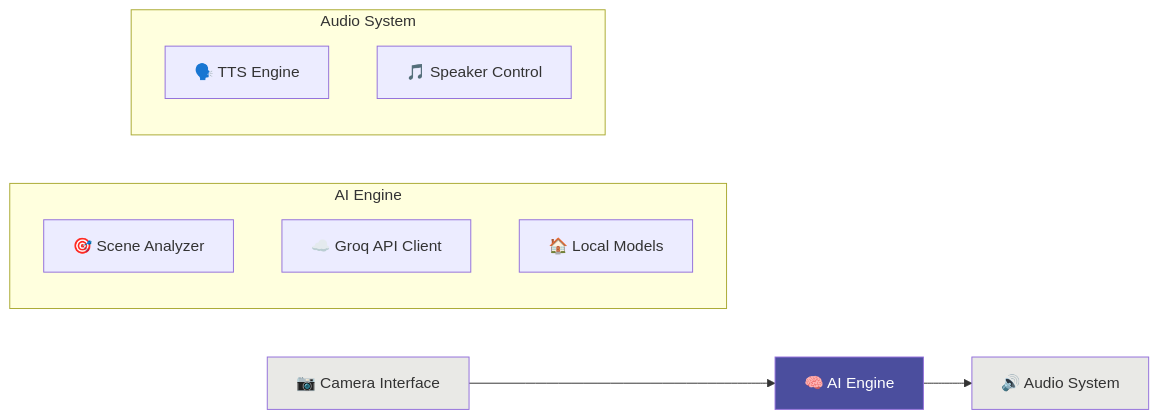
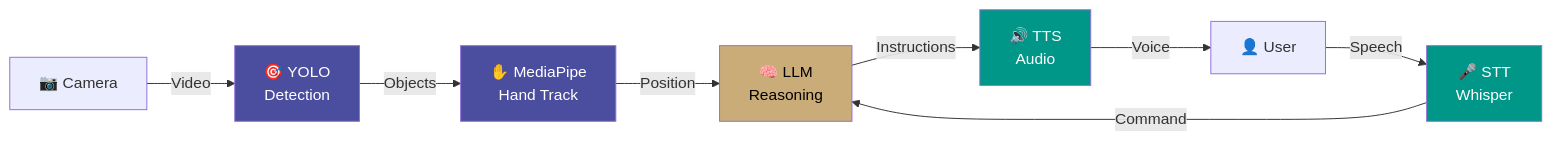
The second of 3 diagrams in README.md (rajin-khan/AIris), drawn with Mermaid before and after one commit. The commit also changed other lines of this file and 2 other files, not shown here.

````diff
--- a/README.md
+++ b/README.md
@@ -56,20 +109,16 @@
 ```mermaid
 graph LR
-    A[📷 Camera Interface] --> B[🧠 AI Engine]
-    B --> C[🔊 Audio System]
+    A[📷 Camera] -->|Video| B[🎯 YOLO<br/>Detection]
+    B -->|Objects| C[✋ MediaPipe<br/>Hand Track]
+    C -->|Position| D[🧠 LLM<br/>Reasoning]
+    D -->|Instructions| E[🔊 TTS<br/>Audio]
+    E -->|Voice| F[👤 User]
+    F -->|Speech| G[🎤 STT<br/>Whisper]
+    G -->|Command| D
     
-    subgraph "AI Engine"
-        D[🎯 Scene Analyzer]
-        E[☁️ Groq API Client]
-        F[🏠 Local Models]
-    end
-    
-    subgraph "Audio System"
-        G[🗣️ TTS Engine]
-        H[🎵 Speaker Control]
-    end
-    
-    style A fill:#E9E9E6
     style B fill:#4B4E9E,color:#fff
-    style C fill:#E9E9E6
+    style C fill:#4B4E9E,color:#fff
+    style D fill:#C9AC78,color:#000
+    style E fill:#009688,color:#fff
+    style G fill:#009688,color:#fff
 ```
````
